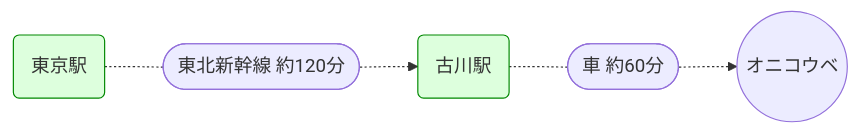
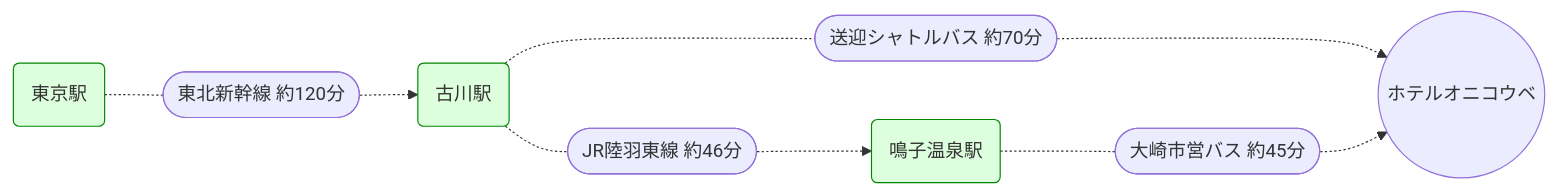
The diagram in src/content/docs/resorts/onikoube.mdx (kyosuke/snowcation), drawn with Mermaid before and after one commit. The commit also changed other lines of this file, not shown here.

Commit message:
Update access information and route diagram for Onikoube
Revised the access section to include shuttle bus and JR Rikuu East Line options from Furukawa, and updated the mermaid flowchart to reflect these new routes and station names.

````diff
--- a/src/content/docs/resorts/onikoube.mdx
+++ b/src/content/docs/resorts/onikoube.mdx
@@ -62,14 +62,19 @@
 ```mermaid
 flowchart LR
   classDef station fill:#0f02,stroke:#080;
   Tokyo:::station@{ shape: rounded, label: "東京駅" }
   Furukawa:::station@{ shape: rounded, label: "古川駅" }
+  Naruko:::station@{ shape: rounded, label: "鳴子温泉駅" }
 
   Shinkansen@{ shape: stadium, label: "東北新幹線 約120分" }
-  Car@{ shape: stadium, label: "車 約60分" }
+  Shuttle@{ shape: stadium, label: "送迎シャトルバス 約70分" }
+  JR@{ shape: stadium, label: "JR陸羽東線 約46分" }
+  Bus@{ shape: stadium, label: "大崎市営バス 約45分" }
 
-  Onikoube@{ shape: circle, label: "オニコウベ" }
+  Onikoube@{ shape: circle, label: "ホテルオニコウベ" }
 
   Tokyo -.- Shinkansen -.-> Furukawa
-  Furukawa -.- Car -.-> Onikoube
+  Furukawa -..- Shuttle -..-> Onikoube
+  Furukawa -.- JR -.-> Naruko
+  Naruko -.- Bus -.-> Onikoube
 ```
````
